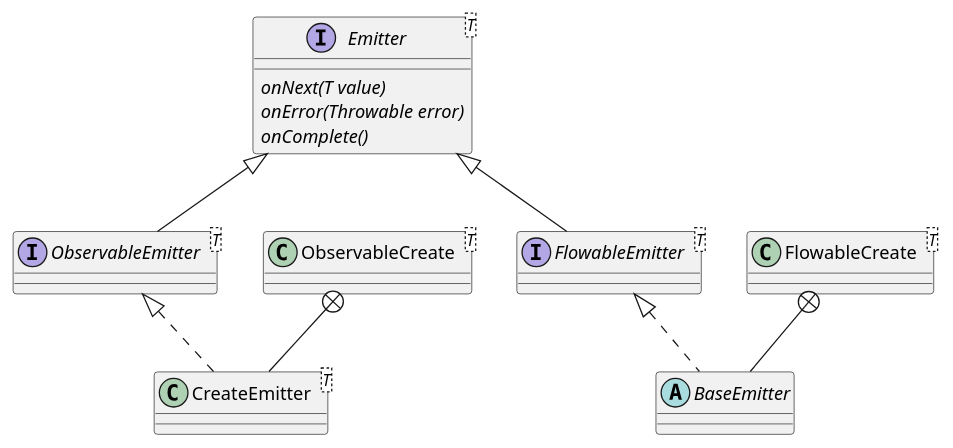
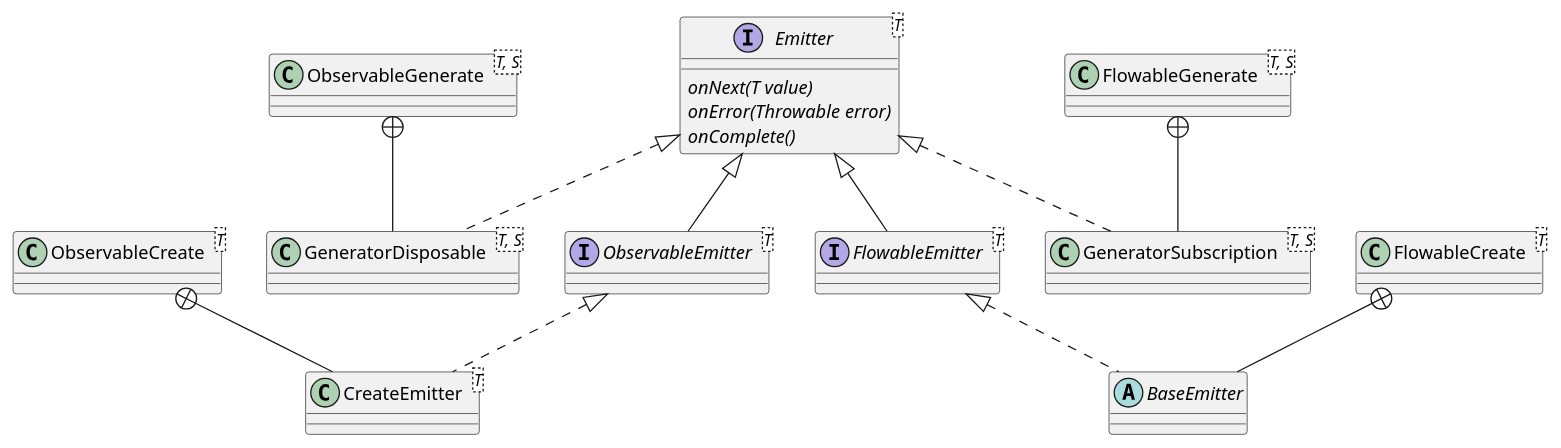
One commit to suribada/RxJavaBook changed the diagram in doc/Emitter.puml. Above: the diagram before and after it, drawn with PlantUML. The commit also changed 18 other files, not shown here.

```diff
--- a/doc/Emitter.puml
+++ b/doc/Emitter.puml
@@ -1,22 +1,31 @@
 @startuml
 
 interface Emitter<T> {
     {abstract} onNext(T value)
     {abstract} onError(Throwable error)
     {abstract} onComplete()
 }
 interface ObservableEmitter<T>
 interface FlowableEmitter<T>
 class CreateEmitter<T>
 class ObservableCreate<T>
 class FlowableCreate<T>
 abstract class BaseEmitter
+class GeneratorDisposable<T, S>
+class ObservableGenerate<T, S>
+class GeneratorSubscription<T, S>
+class FlowableGenerate<T, S>
 
 Emitter <|-- ObservableEmitter
 Emitter <|-- FlowableEmitter
 ObservableEmitter <|.. CreateEmitter
 ObservableCreate +-- CreateEmitter
 FlowableEmitter <|.. BaseEmitter
 FlowableCreate +-- BaseEmitter
+Emitter <|.. GeneratorDisposable
+Emitter <|.. GeneratorSubscription
+ObservableGenerate +-- GeneratorDisposable
+FlowableGenerate +-- GeneratorSubscription
+
 
 @enduml
```
